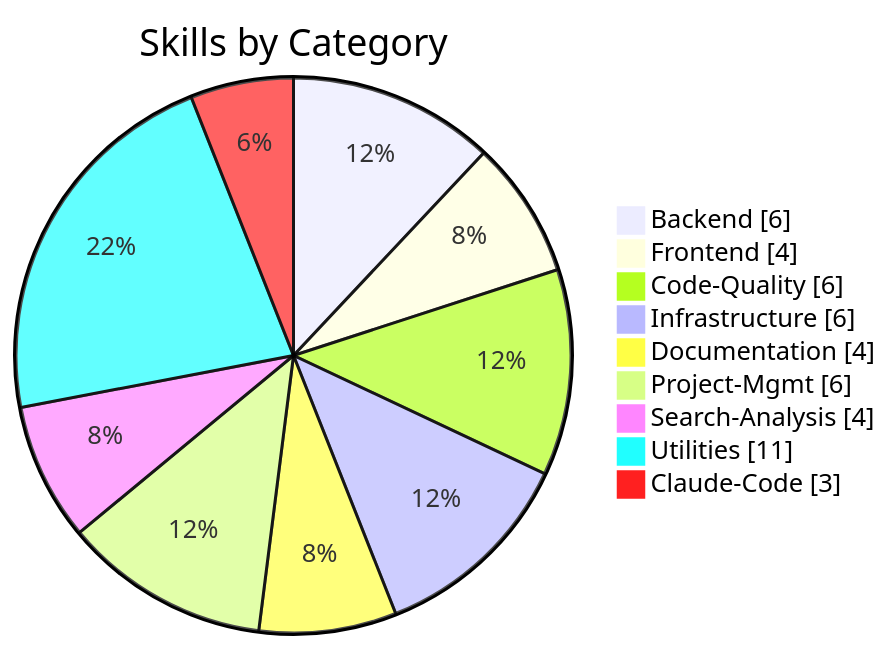
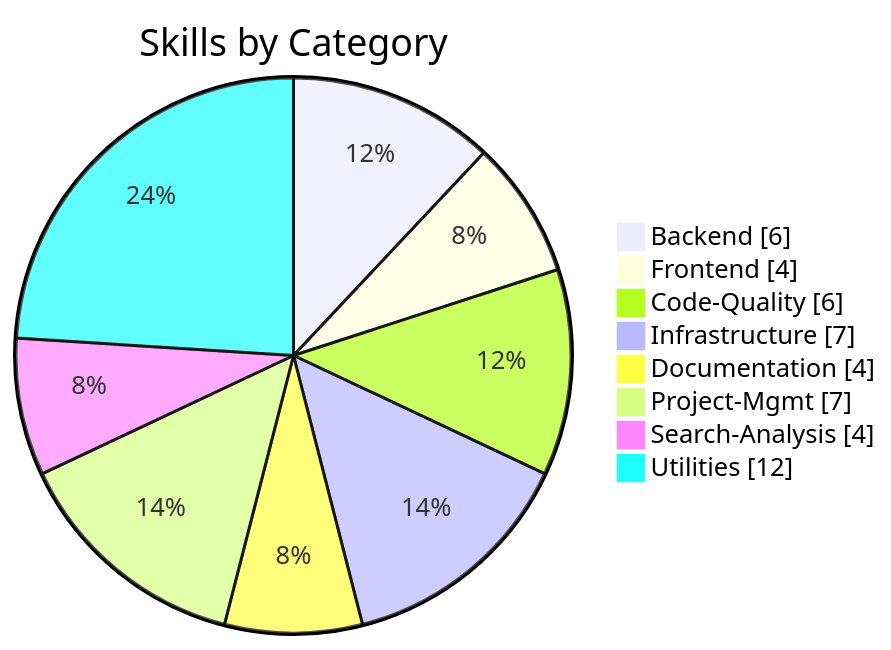
One commit to supercent-io/skills-template changed the second of 2 diagrams in README.md. Above: the diagram before and after it, drawn with Mermaid. The commit also changed other lines of this file and 11 other files, not shown here.

First line of the commit message:
refactor: Claude-Code 전용 스킬을 범용 카테고리로 재구성

````diff
--- a/README.md
+++ b/README.md
@@ -227,13 +227,12 @@
 ```mermaid
 pie showData
     title Skills by Category
     "Backend" : 6
     "Frontend" : 4
     "Code-Quality" : 6
-    "Infrastructure" : 6
+    "Infrastructure" : 7
     "Documentation" : 4
-    "Project-Mgmt" : 6
+    "Project-Mgmt" : 7
     "Search-Analysis" : 4
-    "Utilities" : 11
-    "Claude-Code" : 3
+    "Utilities" : 12
 ```
````
